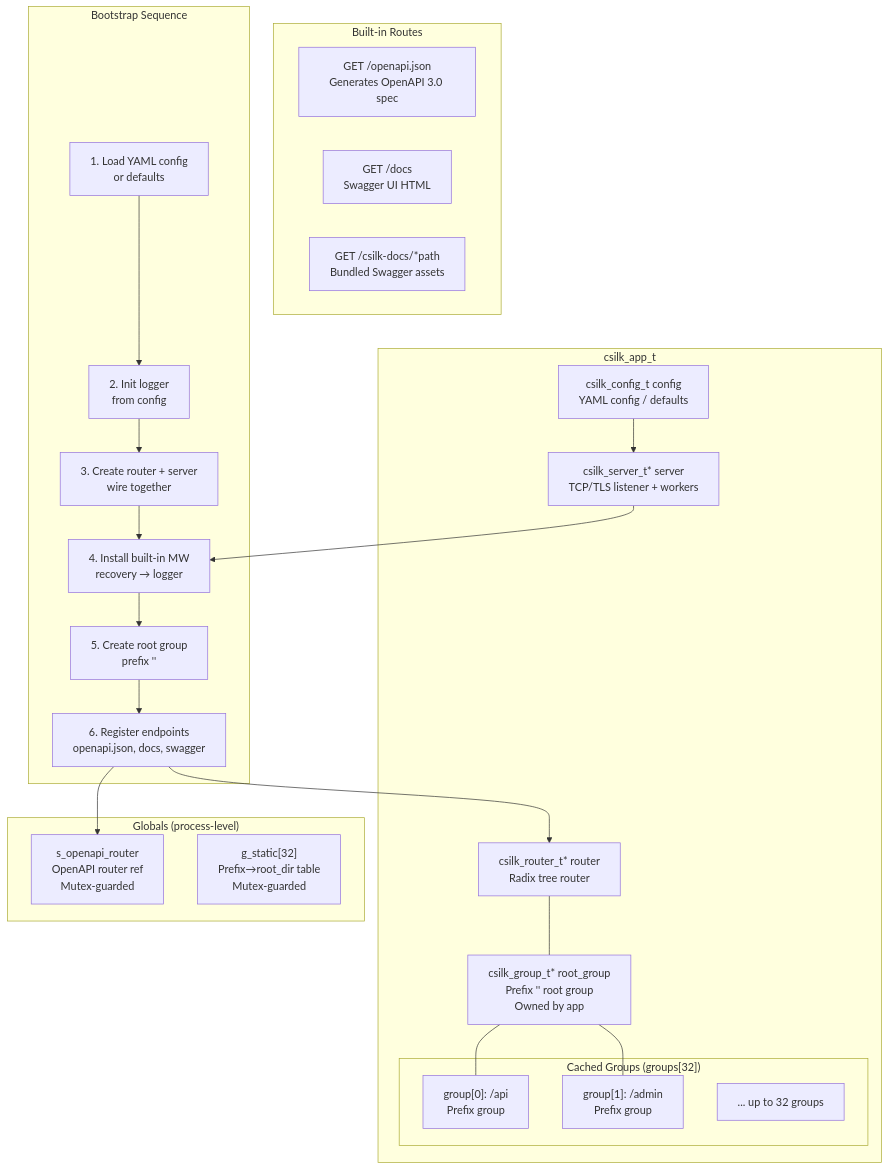
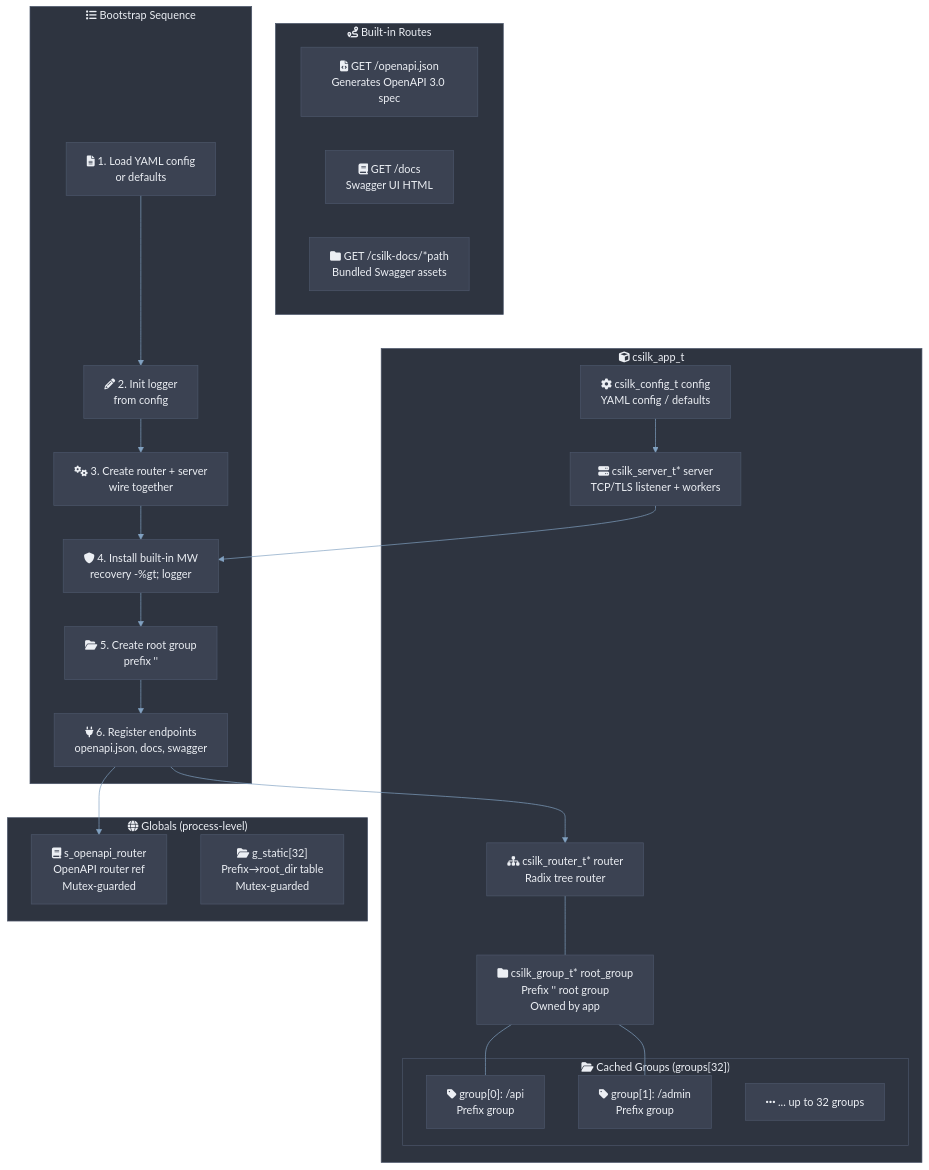
One commit to quintin-lee/csilk changed the first of 2 diagrams in docs/module-design/app.md. Above: the diagram before and after it, drawn with Mermaid. The commit also changed other lines of this file and 30 other files, not shown here.

Commit message:
docs(docs): 📝 apply Nord Mermaid theme, RFC 2119 keywords, and quantified metrics to all docs

````diff
--- a/docs/module-design/app.md
+++ b/docs/module-design/app.md
@@ -11,45 +11,46 @@
 ```mermaid
+%%{init: {'theme': 'base', 'themeVariables': {'background': '#2E3440','primaryColor':'#81A1C1','primaryBorderColor':'#4C566A','primaryTextColor':'#ECEFF4','secondaryColor':'#3B4252','secondaryBorderColor':'#434C5E','secondaryTextColor':'#D8DEE9','lineColor':'#81A1C1','textColor':'#ECEFF4','mainBkg':'#3B4252','nodeBorder':'#4C566A','clusterBkg':'#2E3440','clusterBorder':'#4C566A','titleColor':'#ECEFF4','edgeLabelBackground':'#3B4252','nodeTextColor':'#ECEFF4'}, 'flowchart': {'htmlLabels': true, 'curve': 'basis'}}}%%
 graph TB
-    subgraph "csilk_app_t"
-        CFG["csilk_config_t config<br/>YAML config / defaults"]
-        RTR["csilk_router_t* router<br/>Radix tree router"]
-        SRV["csilk_server_t* server<br/>TCP/TLS listener + workers"]
-        RG["csilk_group_t* root_group<br/>Prefix '' root group<br/>Owned by app"]
+    subgraph app_t["fa:fa-cube csilk_app_t"]
+        CFG["fa:fa-cog csilk_config_t config<br/>YAML config / defaults"]
+        RTR["fa:fa-sitemap csilk_router_t* router<br/>Radix tree router"]
+        SRV["fa:fa-server csilk_server_t* server<br/>TCP/TLS listener + workers"]
+        RG["fa:fa-folder csilk_group_t* root_group<br/>Prefix '' root group<br/>Owned by app"]
 
-        subgraph "Cached Groups (groups[32])"
-            G0["group[0]: /api<br/>Prefix group"]
-            G1["group[1]: /admin<br/>Prefix group"]
-            G2["... up to 32 groups"]
+        subgraph cached_groups["fa:fa-folder-open Cached Groups (groups[32])"]
+            G0["fa:fa-tag group[0]: /api<br/>Prefix group"]
+            G1["fa:fa-tag group[1]: /admin<br/>Prefix group"]
+            G2["fa:fa-ellipsis-h ... up to 32 groups"]
         end
     end
 
-    subgraph "Globals (process-level)"
-        OAPI["s_openapi_router<br/>OpenAPI router ref<br/>Mutex-guarded"]
-        STATIC["g_static[32]<br/>Prefix→root_dir table<br/>Mutex-guarded"]
+    subgraph globals["fa:fa-globe Globals (process-level)"]
+        OAPI["fa:fa-book s_openapi_router<br/>OpenAPI router ref<br/>Mutex-guarded"]
+        STATIC["fa:fa-folder-open g_static[32]<br/>Prefix→root_dir table<br/>Mutex-guarded"]
     end
 
-    subgraph "Built-in Routes"
-        OAPI_EP["GET /openapi.json<br/>Generates OpenAPI 3.0 spec"]
-        DOCS["GET /docs<br/>Swagger UI HTML"]
-        CSILK_DOCS["GET /csilk-docs/*path<br/>Bundled Swagger assets"]
+    subgraph builtin_routes["fa:fa-route Built-in Routes"]
+        OAPI_EP["fa:fa-file-code GET /openapi.json<br/>Generates OpenAPI 3.0 spec"]
+        DOCS["fa:fa-book GET /docs<br/>Swagger UI HTML"]
+        CSILK_DOCS["fa:fa-folder GET /csilk-docs/*path<br/>Bundled Swagger assets"]
     end
 
-    subgraph "Bootstrap Sequence"
-        YAML["1. Load YAML config<br/>or defaults"]
-        LOG["2. Init logger<br/>from config"]
-        CORE["3. Create router + server<br/>wire together"]
-        MW["4. Install built-in MW<br/>recovery → logger"]
-        GROUP["5. Create root group<br/>prefix ''"]
-        ENDPOINTS["6. Register endpoints<br/>openapi.json, docs, swagger"]
+    subgraph bootstrap_seq["fa:fa-list Bootstrap Sequence"]
+        YAML["fa:fa-file-text 1. Load YAML config<br/>or defaults"]
+        LOG["fa:fa-pencil 2. Init logger<br/>from config"]
+        CORE["fa:fa-cogs 3. Create router + server<br/>wire together"]
+        MW["fa:fa-shield 4. Install built-in MW<br/>recovery -%gt; logger"]
+        GROUP["fa:fa-folder-open 5. Create root group<br/>prefix ''"]
+        ENDPOINTS["fa:fa-plug 6. Register endpoints<br/>openapi.json, docs, swagger"]
     end
 
     YAML --> LOG --> CORE --> MW --> GROUP --> ENDPOINTS
     ENDPOINTS --> RTR
     ENDPOINTS --> OAPI
     CFG --> SRV
 
     RTR --- RG
     RG --- G0
     RG --- G1
     SRV --> MW
 ```
````
